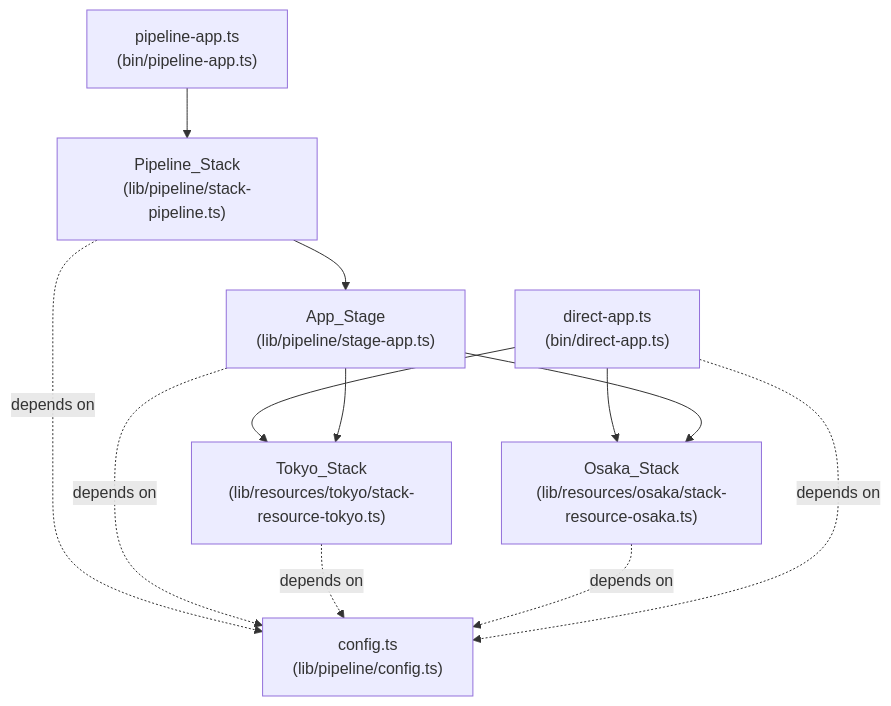
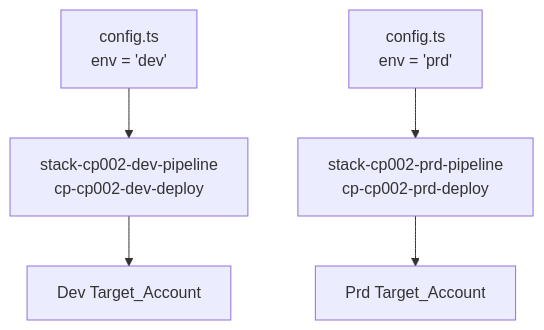
Before and after one commit to m-kotaro/cdk-pipeline-002: the third of 3 diagrams in .kiro/specs/cdk-pipeline-sample/design.md, drawn with Mermaid. The commit also changed other lines of this file and 6 other files, not shown here.

````diff
--- a/.kiro/specs/cdk-pipeline-sample/design.md
+++ b/.kiro/specs/cdk-pipeline-sample/design.md
@@ -502,15 +85,11 @@
 ```mermaid
 graph TD
-    PipelineApp["pipeline-app.ts<br/>(bin/pipeline-app.ts)"] --> PipelineStack["Pipeline_Stack<br/>(lib/pipeline/stack-pipeline.ts)"]
-    DirectApp["direct-app.ts<br/>(bin/direct-app.ts)"] --> TokyoStack["Tokyo_Stack<br/>(lib/resources/tokyo/stack-resource-tokyo.ts)"]
-    DirectApp --> OsakaStack["Osaka_Stack<br/>(lib/resources/osaka/stack-resource-osaka.ts)"]
-    PipelineStack --> AppStage["App_Stage<br/>(lib/pipeline/stage-app.ts)"]
-    AppStage --> TokyoStack
-    AppStage --> OsakaStack
+    Config["config.ts<br/>env = 'dev'"]
+    ConfigPrd["config.ts<br/>env = 'prd'"]
 
-    PipelineStack -.->|"depends on"| Config["config.ts<br/>(lib/pipeline/config.ts)"]
-    AppStage -.->|"depends on"| Config
-    TokyoStack -.->|"depends on"| Config
-    OsakaStack -.->|"depends on"| Config
-    DirectApp -.->|"depends on"| Config
+    Config --> DevPipeline["stack-cp002-dev-pipeline<br/>cp-cp002-dev-deploy"]
+    ConfigPrd --> PrdPipeline["stack-cp002-prd-pipeline<br/>cp-cp002-prd-deploy"]
+
+    DevPipeline --> DevTarget["Dev Target_Account"]
+    PrdPipeline --> PrdTarget["Prd Target_Account"]
 ```
````
